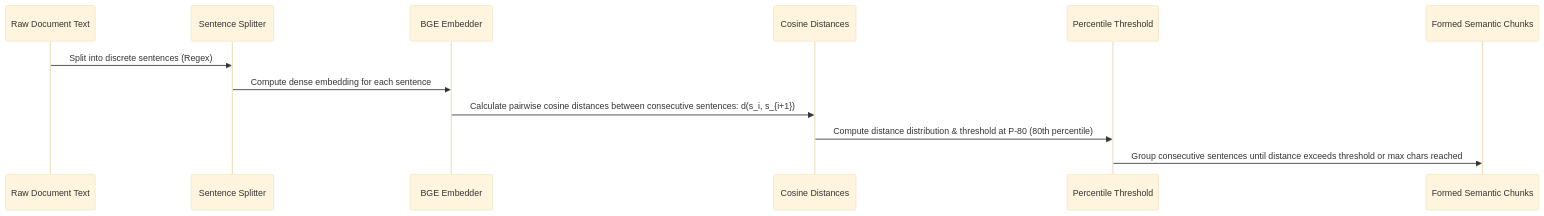
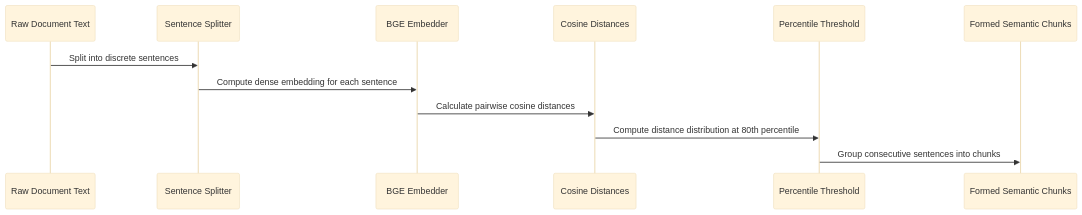
One commit to sprproductivity-png/RAG changed the third of 5 diagrams in walkthrough.md. Above: the diagram before and after it, drawn with Mermaid (base theme). The commit also changed other lines of this file, not shown here.

````diff
--- a/walkthrough.md
+++ b/walkthrough.md
@@ -215,15 +215,15 @@
 ```mermaid
 sequenceDiagram
     participant Doc as Raw Document Text
     participant Sents as Sentence Splitter
     participant Emb as BGE Embedder
     participant Dist as Cosine Distances
     participant Thresh as Percentile Threshold
     participant Chunks as Formed Semantic Chunks
 
-    Doc->>Sents: Split into discrete sentences (Regex)
+    Doc->>Sents: Split into discrete sentences
     Sents->>Emb: Compute dense embedding for each sentence
-    Emb->>Dist: Calculate pairwise cosine distances between consecutive sentences: d(s_i, s_{i+1})
-    Dist->>Thresh: Compute distance distribution & threshold at P-80 (80th percentile)
-    Thresh->>Chunks: Group consecutive sentences until distance exceeds threshold or max chars reached
+    Emb->>Dist: Calculate pairwise cosine distances
+    Dist->>Thresh: Compute distance distribution at 80th percentile
+    Thresh->>Chunks: Group consecutive sentences into chunks
 ```
````
